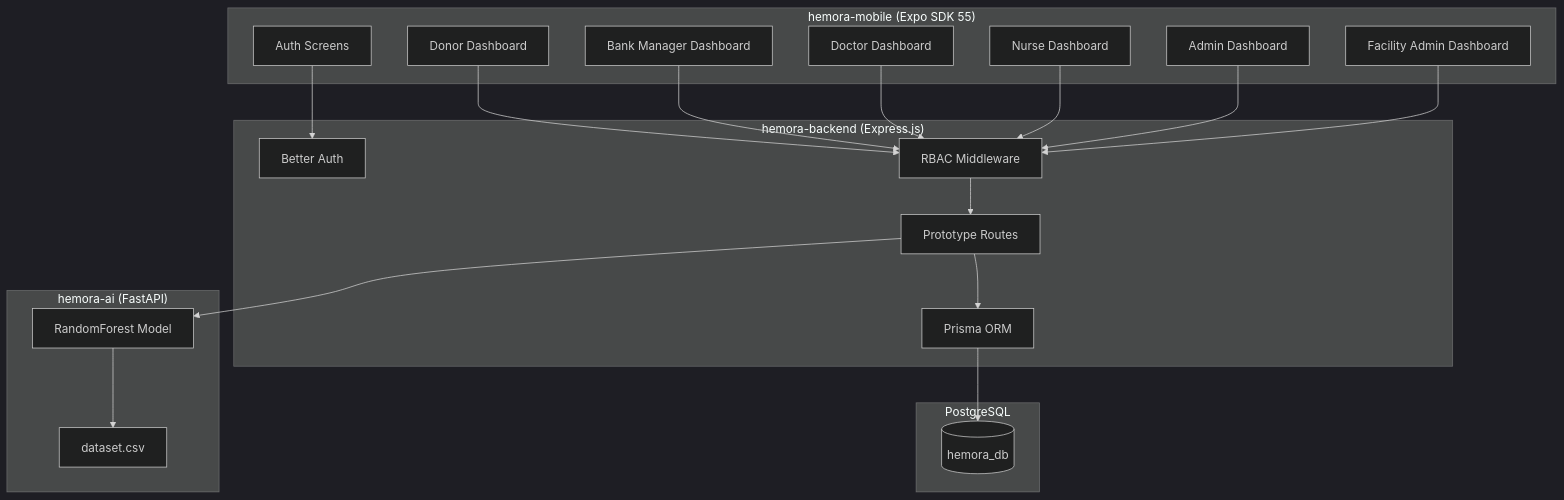
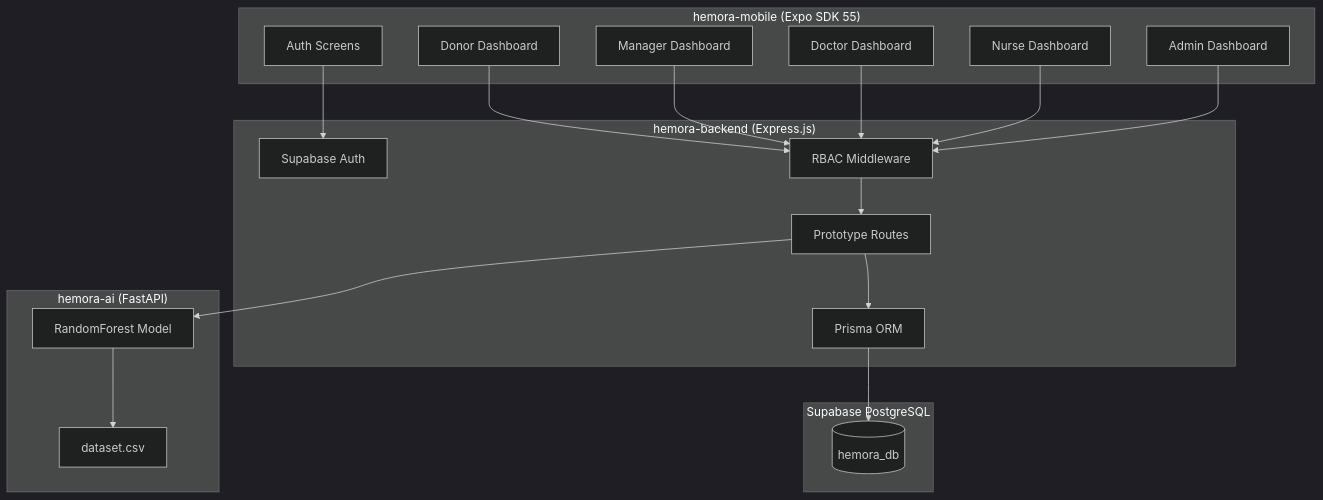
The diagram in ARCHITECTURE.md (chimputu/Hemora), drawn with Mermaid (dark theme) before and after one commit. The commit also changed other lines of this file and 80 other files, not shown here.

First line of the commit message:
Migrate to Supabase Auth and fix database sync issues

````diff
--- a/ARCHITECTURE.md
+++ b/ARCHITECTURE.md
@@ -7,41 +7,39 @@
 ```mermaid
 graph TB
     subgraph Mobile["hemora-mobile (Expo SDK 55)"]
         D1[Donor Dashboard]
-        D2[Bank Manager Dashboard]
+        D2[Manager Dashboard]
         D3[Doctor Dashboard]
         D4[Nurse Dashboard]
         D5[Admin Dashboard]
-        D6[Facility Admin Dashboard]
         A[Auth Screens]
     end
 
     subgraph Backend["hemora-backend (Express.js)"]
-        RA[Better Auth]
+        RA[Supabase Auth]
         RB[RBAC Middleware]
         RC[Prototype Routes]
         RP[Prisma ORM]
     end
 
-    subgraph Database["PostgreSQL"]
+    subgraph Database["Supabase PostgreSQL"]
         DB[(hemora_db)]
     end
 
     subgraph AI["hemora-ai (FastAPI)"]
         PM[RandomForest Model]
         DS[dataset.csv]
     end
 
     A --> RA
     D1 --> RB
     D2 --> RB
     D3 --> RB
     D4 --> RB
     D5 --> RB
-    D6 --> RB
     RB --> RC
     RC --> RP
     RP --> DB
     RC --> PM
     PM --> DS
 ```
````
